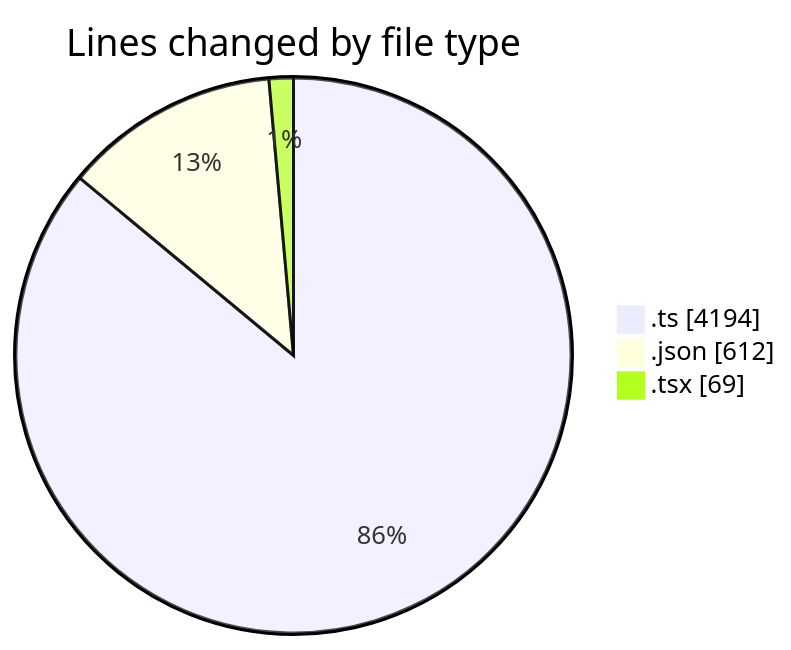
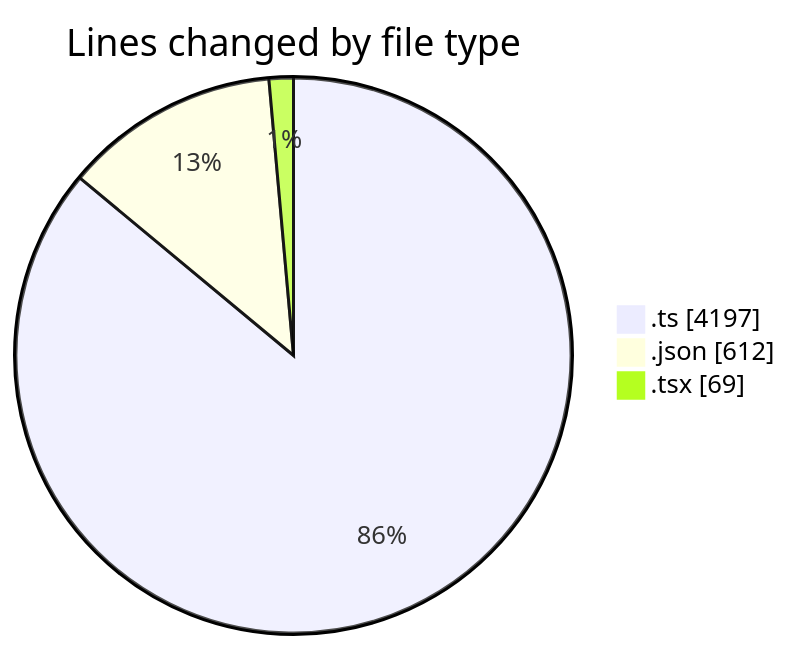
The first of 2 diagrams in 2025-10-22/cda/README.md (momahboobian/code-tracking), drawn with Mermaid before and after one commit. The commit also changed other lines of this file and 1 other file, not shown here.

````diff
--- a/2025-10-22/cda/README.md
+++ b/2025-10-22/cda/README.md
@@ -30,7 +30,7 @@
 ```mermaid
 pie showData
 title Lines changed by file type
-".ts" : 4194
+".ts" : 4197
 ".json" : 612
 ".tsx" : 69
 ```
````
